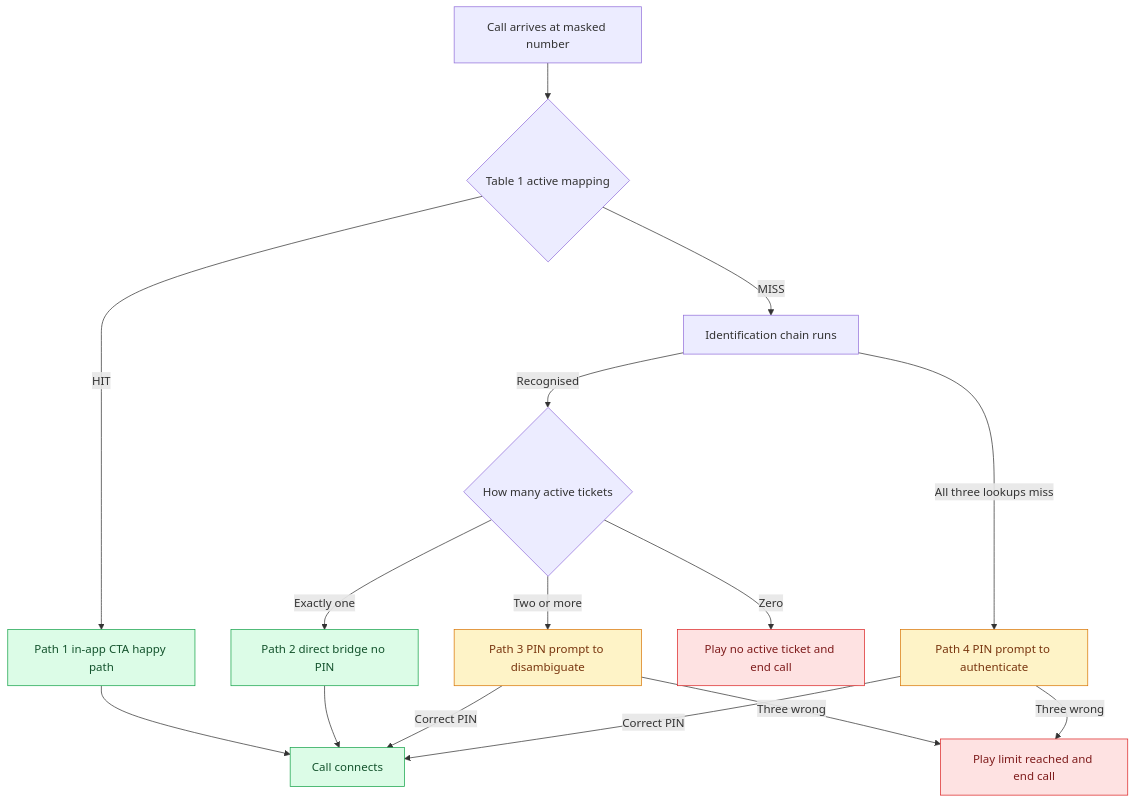
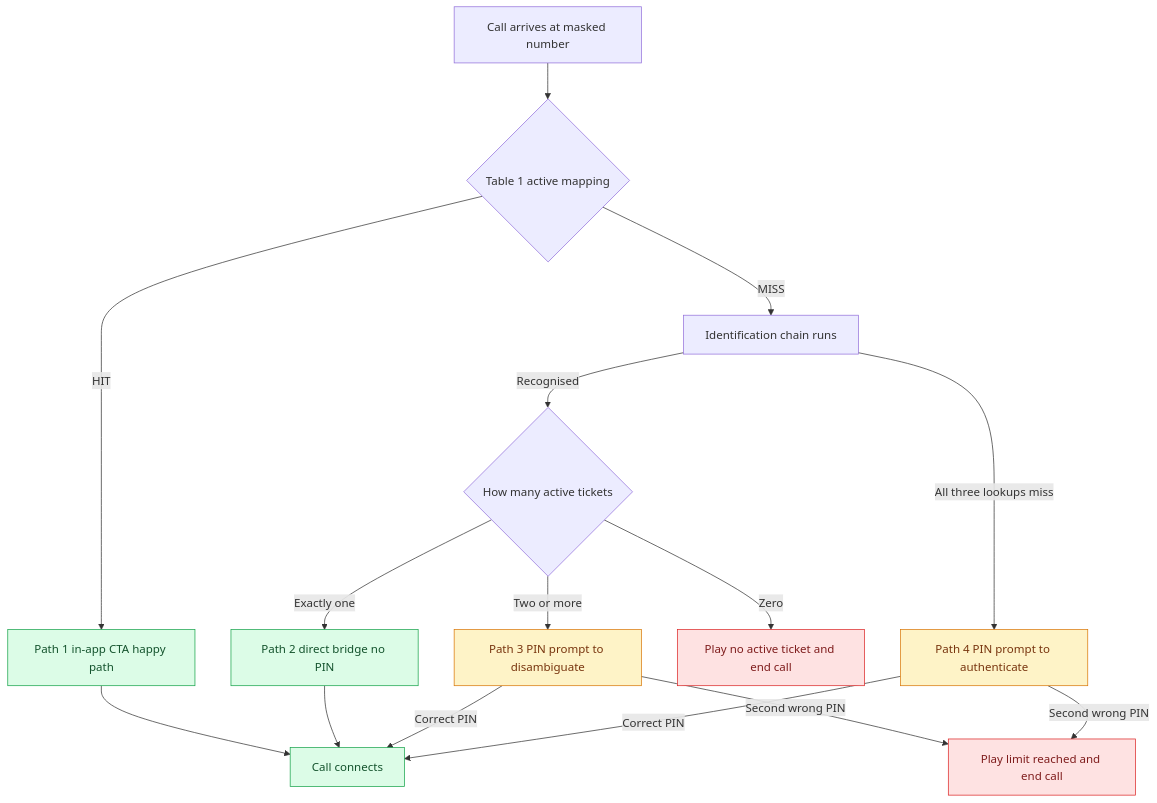
The diagram in diagrams/src/master.mmd (ashish-raj-wiom/IVR-Routing-Solutioning), drawn with Mermaid before and after one commit. The commit also changed 6 other files, not shown here.

First line of the commit message:
Correct retry policy + embed audio players in flowcharts

```diff
--- a/diagrams/src/master.mmd
+++ b/diagrams/src/master.mmd
@@ -1,22 +1,22 @@
 flowchart TD
     Call[Call arrives at masked number] --> T1{Table 1 active mapping}
     T1 -->|HIT| P1[Path 1 in-app CTA happy path]
     T1 -->|MISS| Chain[Identification chain runs]
     Chain -->|Recognised| Tick{How many active tickets}
     Tick -->|Exactly one| P2[Path 2 direct bridge no PIN]
     Tick -->|Two or more| P3[Path 3 PIN prompt to disambiguate]
     Tick -->|Zero| Dead[Play no active ticket and end call]
     Chain -->|All three lookups miss| P4[Path 4 PIN prompt to authenticate]
     P1 --> Done[Call connects]
     P2 --> Done
     P3 -->|Correct PIN| Done
     P4 -->|Correct PIN| Done
-    P3 -->|Three wrong| EndCall[Play limit reached and end call]
-    P4 -->|Three wrong| EndCall
+    P3 -->|Second wrong PIN| EndCall[Play limit reached and end call]
+    P4 -->|Second wrong PIN| EndCall
 
     classDef hit fill:#dcfce7,stroke:#16a34a,color:#14532d
     classDef bad fill:#fee2e2,stroke:#dc2626,color:#7f1d1d
     classDef neutral fill:#fef3c7,stroke:#d97706,color:#78350f
     class P1,P2,Done hit
     class Dead,EndCall bad
     class P3,P4 neutral
```
